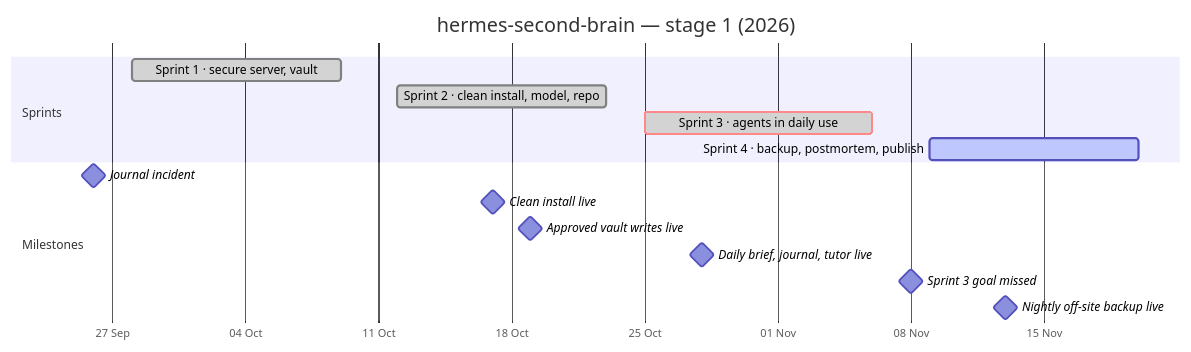
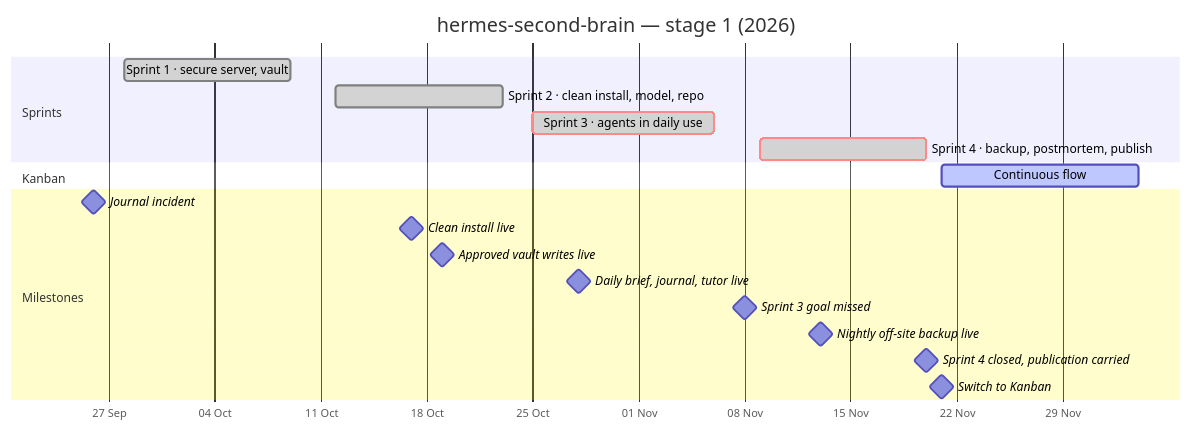
One commit to bartosz-szubert/hermes-second-brain changed the diagram in docs/work-log.md. Above: the diagram before and after it, drawn with Mermaid. The commit also changed other lines of this file and 9 other files, not shown here.

First line of the commit message:
Add Jira screenshots, Sprint 4 results and the move to Kanban

````diff
--- a/docs/work-log.md
+++ b/docs/work-log.md
@@ -7,19 +7,23 @@
 ```mermaid
 gantt
     title hermes-second-brain — stage 1 (2026)
     dateFormat YYYY-MM-DD
     axisFormat %d %b
     todayMarker off
     section Sprints
     Sprint 1 · secure server, vault        :done, s1, 2026-09-28, 2026-10-09
     Sprint 2 · clean install, model, repo  :done, s2, 2026-10-12, 2026-10-23
     Sprint 3 · agents in daily use         :crit, done, s3, 2026-10-25, 2026-11-06
-    Sprint 4 · backup, postmortem, publish :active, s4, 2026-11-09, 2026-11-20
+    Sprint 4 · backup, postmortem, publish :crit, done, s4, 2026-11-09, 2026-11-20
+    section Kanban
+    Continuous flow                        :active, k1, 2026-11-21, 2026-12-04
     section Milestones
     Journal incident                       :milestone, m1, 2026-09-26, 0d
     Clean install live                     :milestone, m2, 2026-10-17, 0d
     Approved vault writes live             :milestone, m3, 2026-10-19, 0d
     Daily brief, journal, tutor live       :milestone, m4, 2026-10-28, 0d
     Sprint 3 goal missed                   :milestone, m5, 2026-11-08, 0d
     Nightly off-site backup live           :milestone, m6, 2026-11-13, 0d
+    Sprint 4 closed, publication carried   :milestone, m7, 2026-11-20, 0d
+    Switch to Kanban                       :milestone, m8, 2026-11-21, 0d
 ```
````
